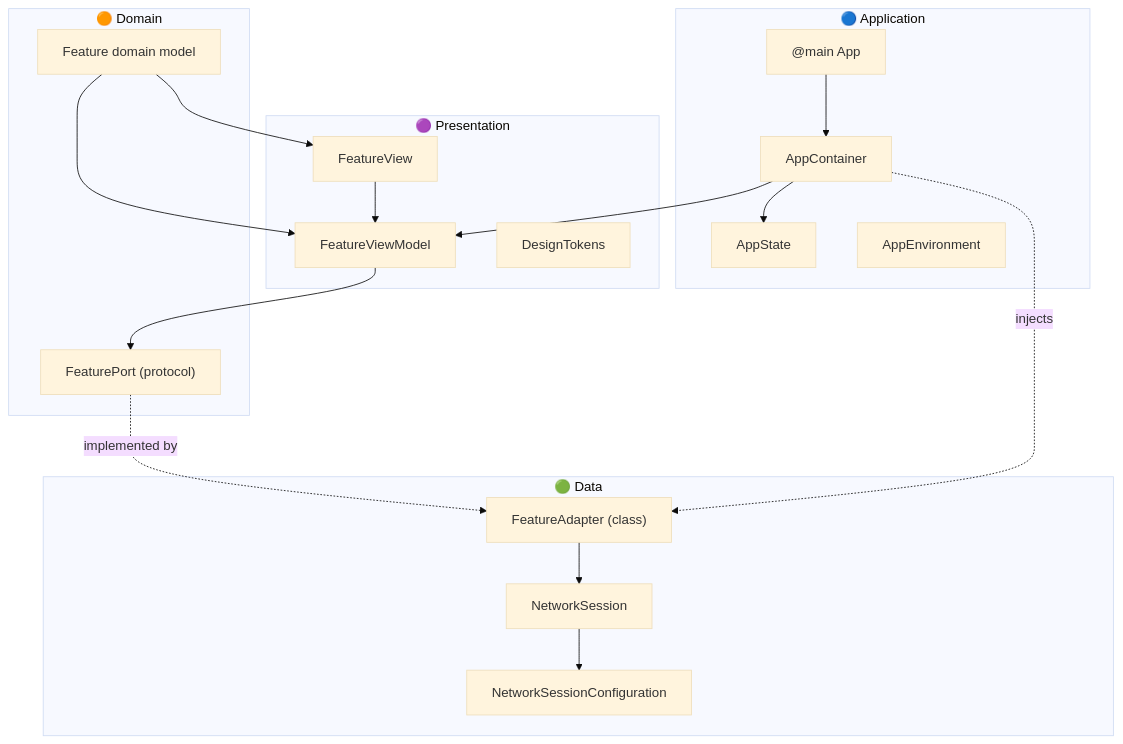
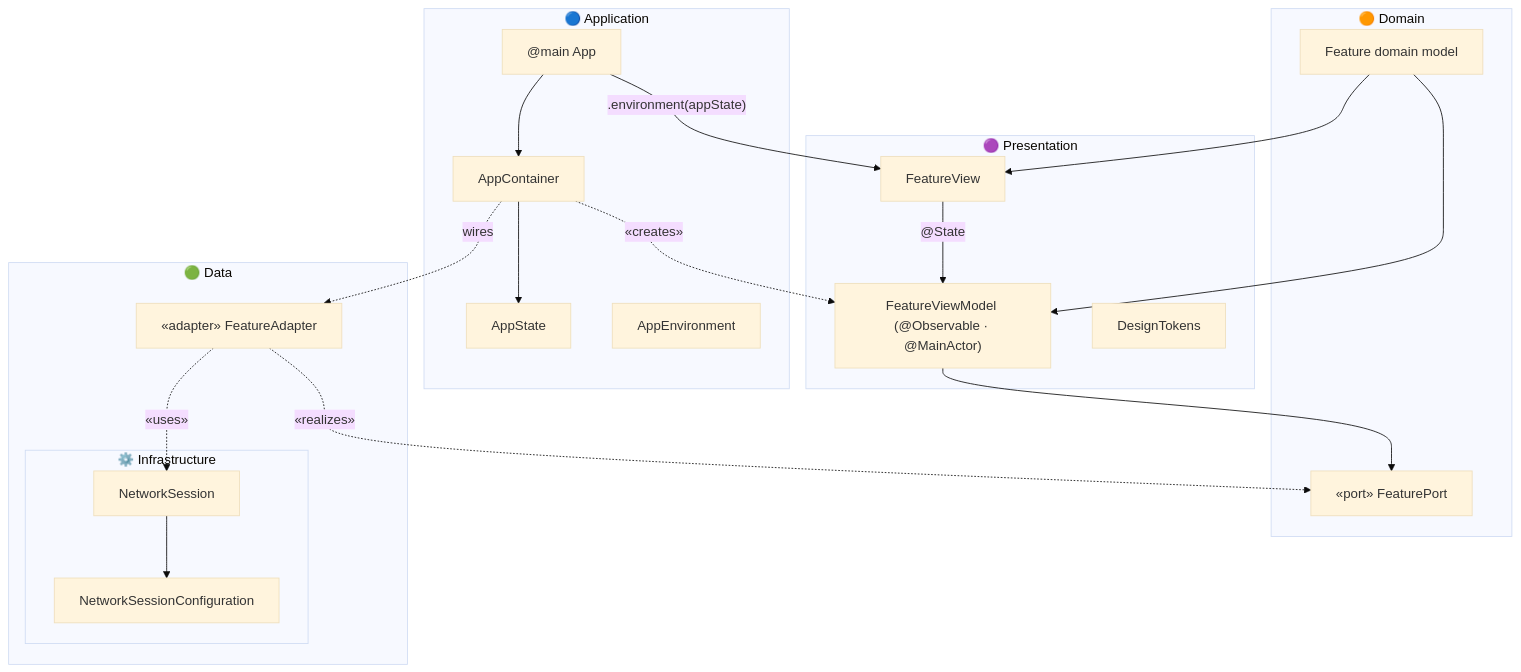
Before and after one commit to chris-grantham/xcode-clean-architecture-templates: the first of 3 diagrams in README.md, drawn with Mermaid (base theme). The commit also changed other lines of this file, not shown here.

Commit message:
docs: update architecture diagram with UML conventions and SwiftUI specifics
- Add «port» / «adapter» UML stereotypes; remove implementation-detail labels
- Nest NetworkSession in Infrastructure subgraph; use «uses» dashed arrow to
  clarify it is an optional dependency, not universal to all adapters
- Fix realization direction: A -.-> P (was incorrectly P -.-> A)
- AppContainer → ViewModel: dashed «creates» arrow (was solid, unlabelled)
- Add .environment(appState) injection path from @main App to FeatureView
- Add @State label on View → ViewModel edge (SwiftUI @Observable pattern)
- Add diagram legend explaining solid vs dashed arrow semantics

````diff
--- a/README.md
+++ b/README.md
@@ -14,38 +14,41 @@
 ```mermaid
 graph TD
     subgraph Presentation["🟣 Presentation"]
         V[FeatureView]
-        VM[FeatureViewModel]
+        VM["FeatureViewModel (@Observable · @MainActor)"]
         DT[DesignTokens]
     end
 
     subgraph Application["🔵 Application"]
         APP["@main App"]
         AC[AppContainer]
         AS[AppState]
         AE[AppEnvironment]
     end
 
     subgraph Domain["🟠 Domain"]
         M[Feature domain model]
-        P["FeaturePort (protocol)"]
+        P["«port» FeaturePort"]
     end
 
     subgraph Data["🟢 Data"]
-        A["FeatureAdapter (class)"]
-        NS[NetworkSession]
-        NSC[NetworkSessionConfiguration]
+        A["«adapter» FeatureAdapter"]
+        subgraph Infrastructure["⚙️ Infrastructure"]
+            NS[NetworkSession]
+            NSC[NetworkSessionConfiguration]
+        end
     end
 
     APP --> AC
+    APP -->|".environment(appState)"| V
     AC --> AS
-    AC --> VM
-    V --> VM
+    AC -.->|"«creates»"| VM
+    V -->|"@State"| VM
     VM --> P
-    P -.->|"implemented by"| A
-    A --> NS
+    A -.->|"«realizes»"| P
+    A -.->|"«uses»"| NS
     NS --> NSC
     M --> V
     M --> VM
-    AC -.->|"injects"| A
+    AC -.->|"wires"| A
 ```
````
